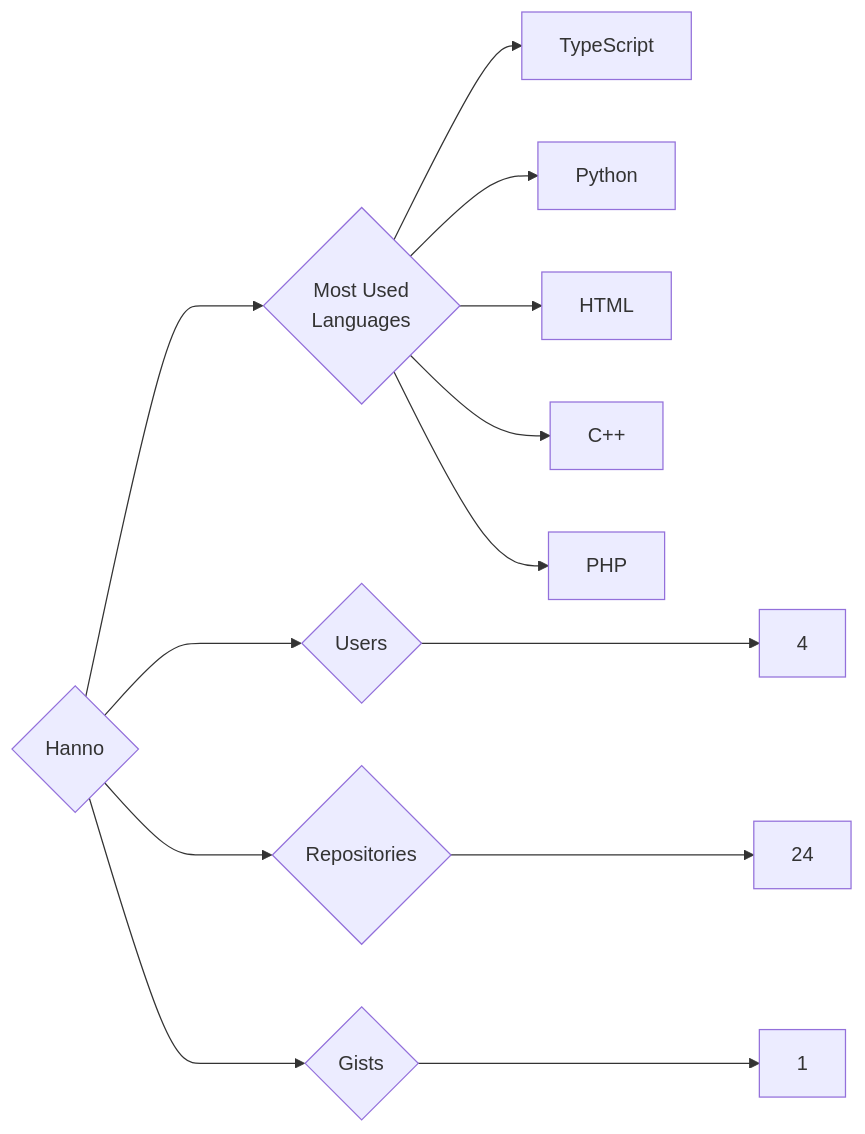
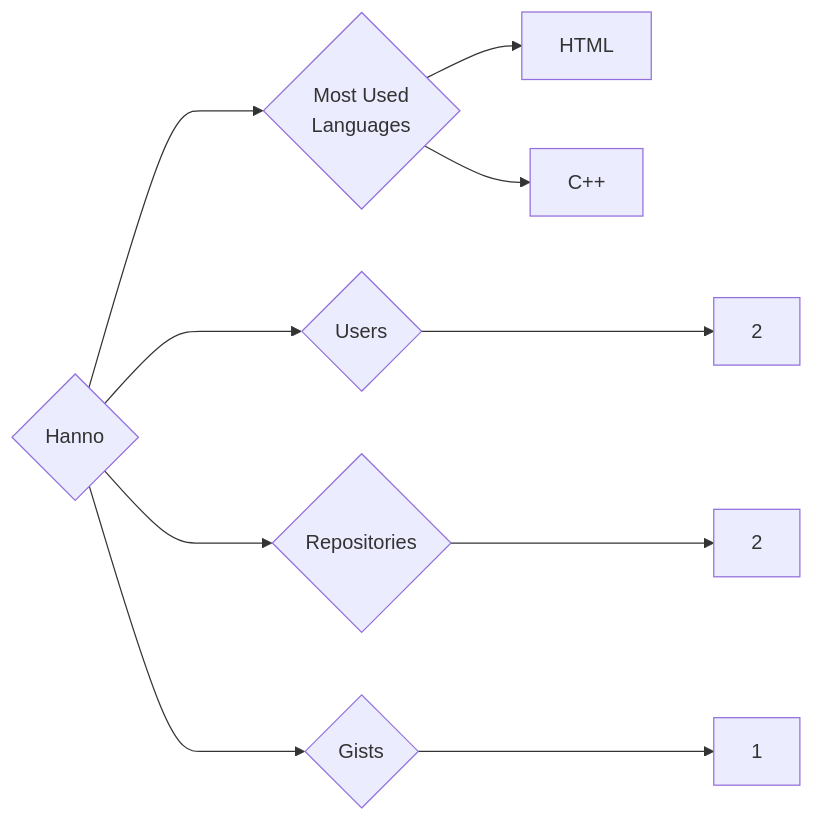
Before and after one commit to trickest/insiders: the diagram in targets/Hanno/README.md, drawn with Mermaid. The commit also changed 1078 other files, not shown here.

````diff
--- a/targets/Hanno/README.md
+++ b/targets/Hanno/README.md
@@ -3,13 +3,10 @@
 ```mermaid
 graph LR
 COMPANY_NAME{Hanno}
-COMPANY_NAME ---> U{Users} ---> UN[4]
-COMPANY_NAME ---> R{Repositories} ---> RN[24]
+COMPANY_NAME ---> U{Users} ---> UN[2]
+COMPANY_NAME ---> R{Repositories} ---> RN[2]
 COMPANY_NAME ---> G{Gists} ---> GN[1]
 COMPANY_NAME ---> ML{Most Used<br>Languages}
-ML --> TypeScript[TypeScript]
-ML --> Python[Python]
 ML --> HTML[HTML]
 ML --> C++[C++]
-ML --> PHP[PHP]
 ```
````
